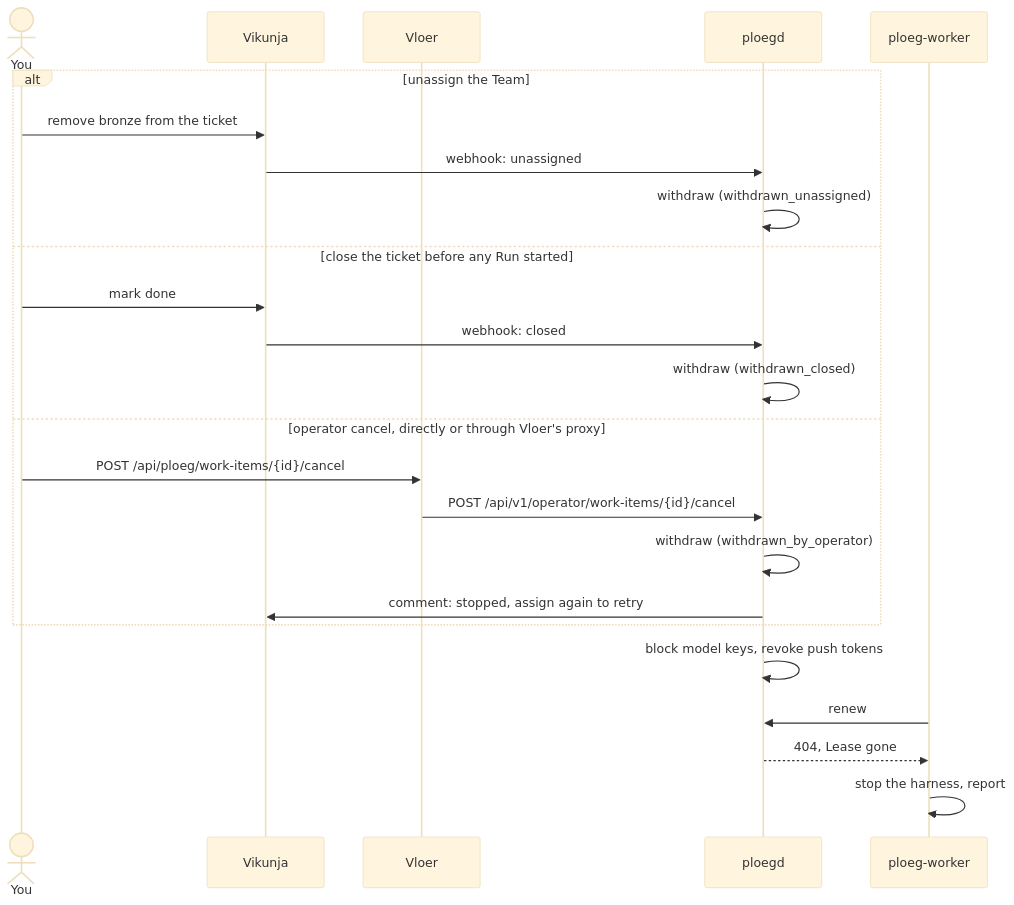
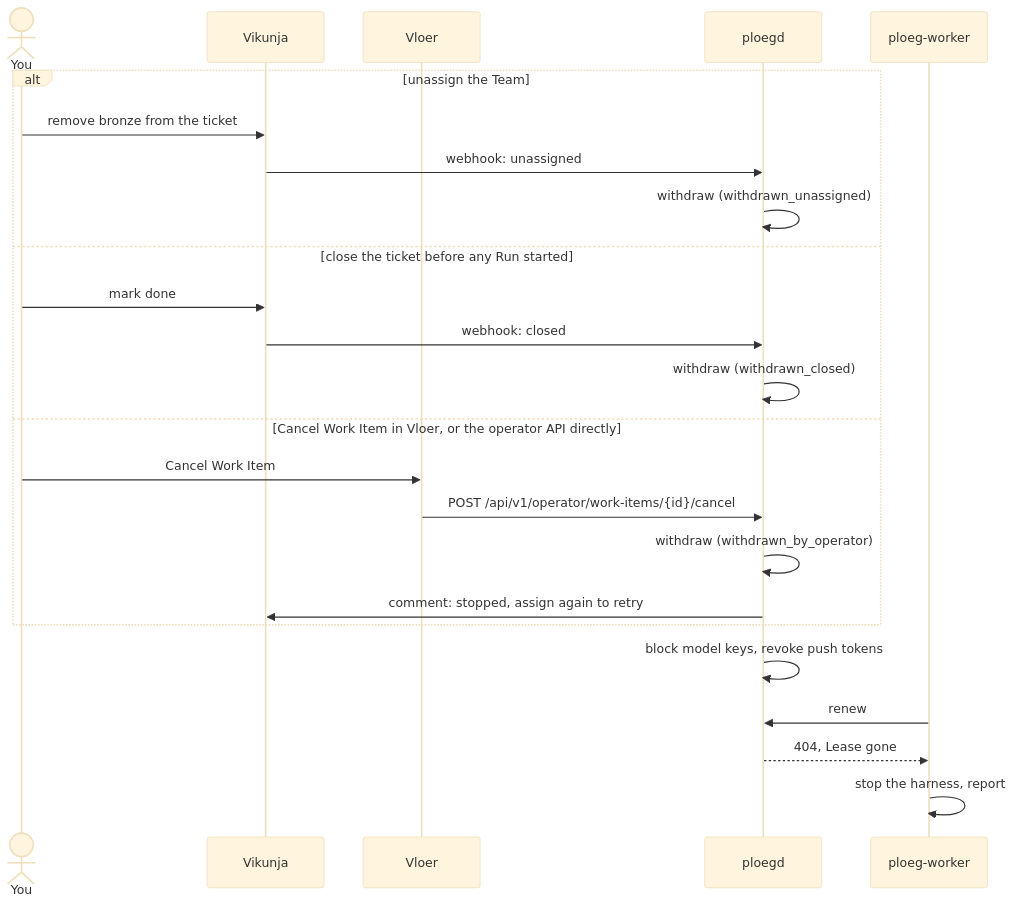
Before and after one commit to webgrip/unfold: the fourth of 5 diagrams in docs/concepts/journeys.md, drawn with Mermaid (base theme). The commit also changed other lines of this file and 6 other files, not shown here.

First line of the commit message:
docs: point the guides at the built Now, Work Item page and Cancel Work Item

````diff
--- a/docs/concepts/journeys.md
+++ b/docs/concepts/journeys.md
@@ -135,26 +135,26 @@
 ```mermaid
 sequenceDiagram
     actor You
     participant V as Vikunja
     participant VL as Vloer
     participant P as ploegd
     participant W as ploeg-worker
     alt unassign the Team
         You->>V: remove bronze from the ticket
         V->>P: webhook: unassigned
         P->>P: withdraw (withdrawn_unassigned)
     else close the ticket before any Run started
         You->>V: mark done
         V->>P: webhook: closed
         P->>P: withdraw (withdrawn_closed)
-    else operator cancel, directly or through Vloer's proxy
-        You->>VL: POST /api/ploeg/work-items/{id}/cancel
+    else Cancel Work Item in Vloer, or the operator API directly
+        You->>VL: Cancel Work Item
         VL->>P: POST /api/v1/operator/work-items/{id}/cancel
         P->>P: withdraw (withdrawn_by_operator)
         P->>V: comment: stopped, assign again to retry
     end
     P->>P: block model keys, revoke push tokens
     W->>P: renew
     P-->>W: 404, Lease gone
     W->>W: stop the harness, report
 ```
````
